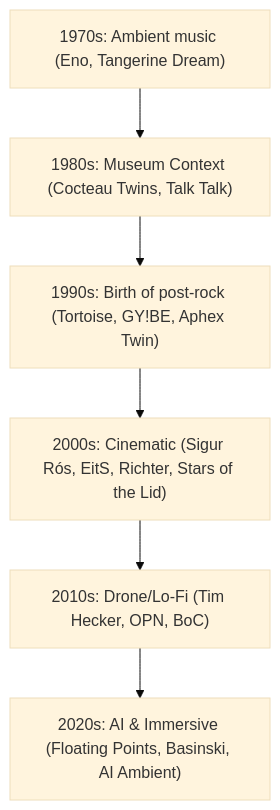
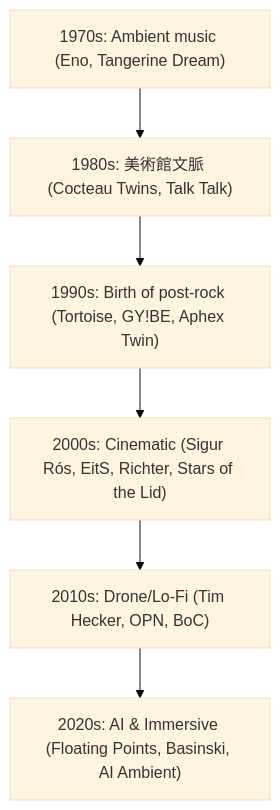
One commit to monumental-movement/monumental-movement.github.io changed the diagram in en/_posts/2025-09-19-Column-Post-Rock-Ambient-History.md. Above: the diagram before and after it, drawn with Mermaid (base theme). The commit also changed other lines of this file and 1012 other files, not shown here.

```diff
--- a/en/_posts/2025-09-19-Column-Post-Rock-Ambient-History.md
+++ b/en/_posts/2025-09-19-Column-Post-Rock-Ambient-History.md
@@ -161,11 +161,11 @@
 <div class="mermaid">
 flowchart TD
     A1970["1970s: Ambient music (Eno, Tangerine Dream)"]
-    A1980["1980s: Museum Context (Cocteau Twins, Talk Talk)"]
+    A1980["1980s: 美術館文脈 (Cocteau Twins, Talk Talk)"]
     A1990["1990s: Birth of post-rock (Tortoise, GY!BE, Aphex Twin)"]
     A2000["2000s: Cinematic (Sigur Rós, EitS, Richter, Stars of the Lid)"]
     A2010["2010s: Drone/Lo-Fi (Tim Hecker, OPN, BoC)"]
     A2020["2020s: AI & Immersive (Floating Points, Basinski, AI Ambient)"]
 
     A1970 --> A1980 --> A1990 --> A2000 --> A2010 --> A2020
 </div>
```
